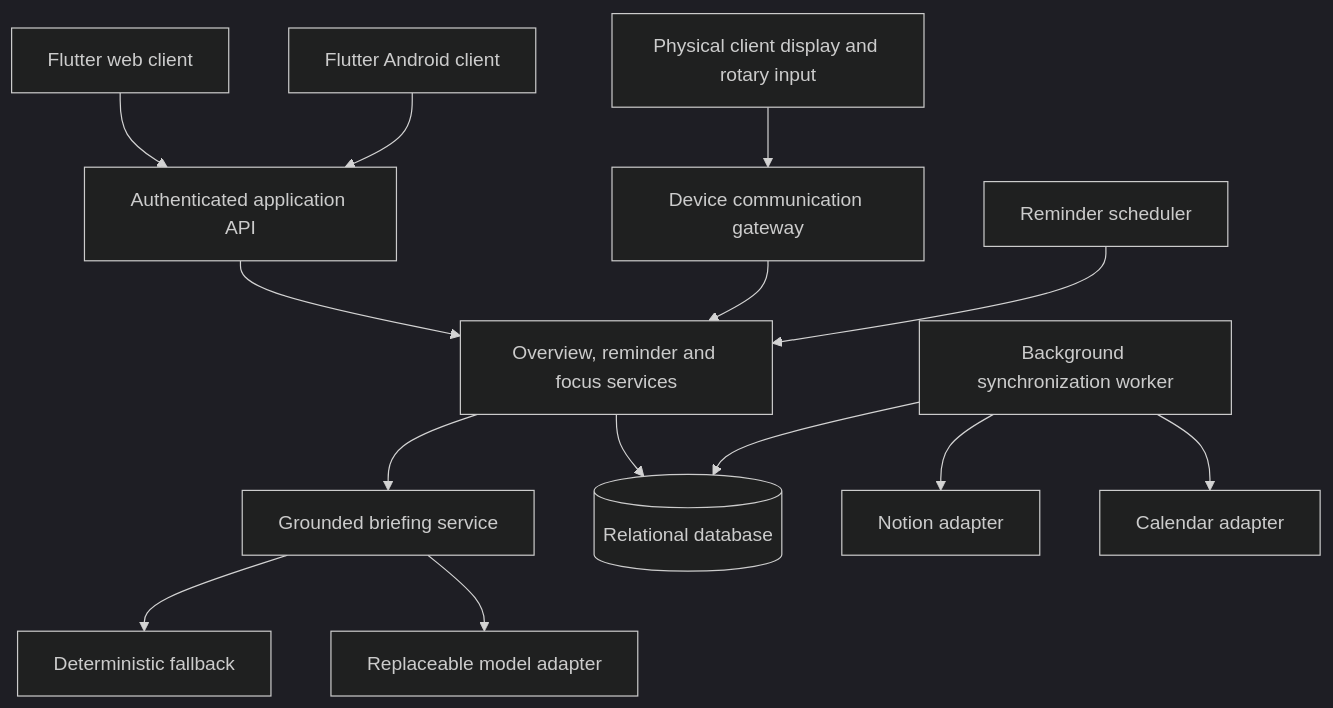
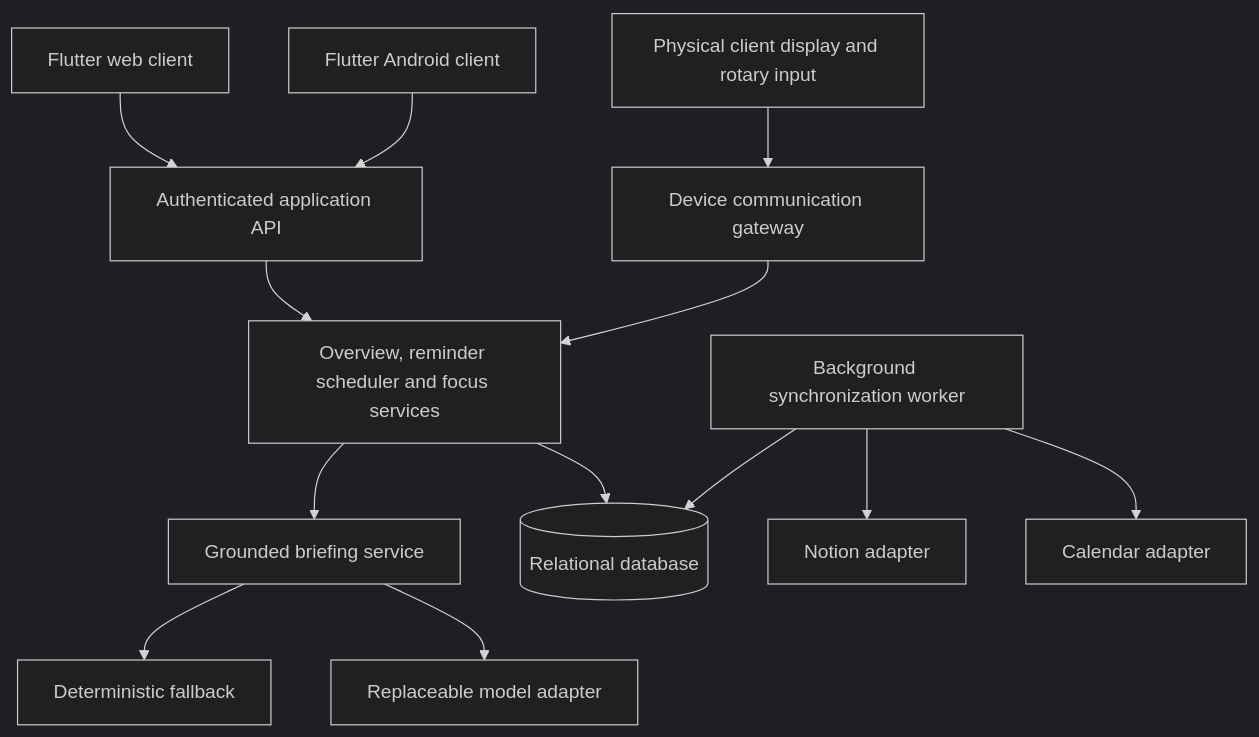
One commit to Kreichik/asti changed the diagram in docs/diagrams/components.mmd. Above: the diagram before and after it, drawn with Mermaid (dark theme). The commit also changed 22 other files, not shown here.

Commit message:
ASTI-2 ASTI-3: Add report, architecture exports and task evidence

```diff
--- a/docs/diagrams/components.mmd
+++ b/docs/diagrams/components.mmd
@@ -1,14 +1,13 @@
 flowchart TB
     A[Flutter Android client] --> API[Authenticated application API]
     W[Flutter web client] --> API
     D[Physical client display and rotary input] --> DG[Device communication gateway]
-    DG --> CORE[Overview, reminder and focus services]
+    DG --> CORE[Overview, reminder scheduler and focus services]
     API --> CORE
     CORE --> DB[(Relational database)]
     SYNC[Background synchronization worker] --> C[Calendar adapter]
     SYNC --> N[Notion adapter]
     SYNC --> DB
-    SCH[Reminder scheduler] --> CORE
     CORE --> B[Grounded briefing service]
     B --> LM[Replaceable model adapter]
     B --> F[Deterministic fallback]
```
